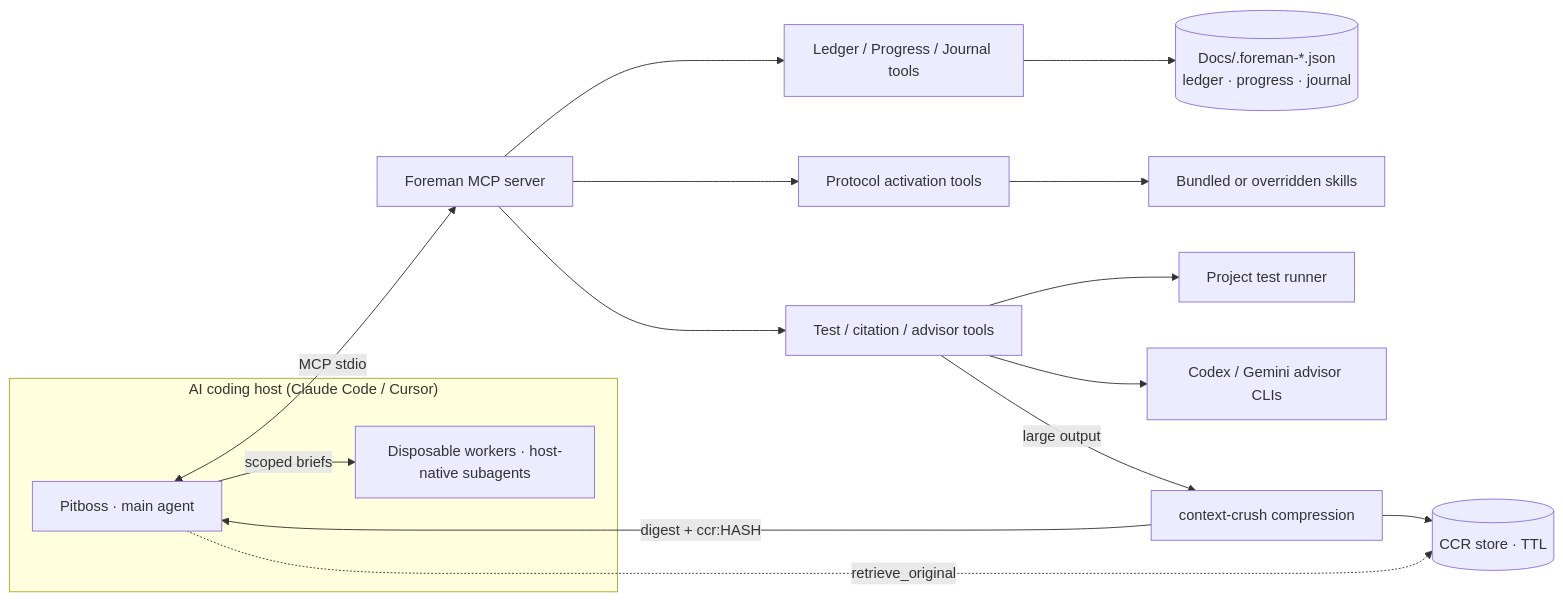
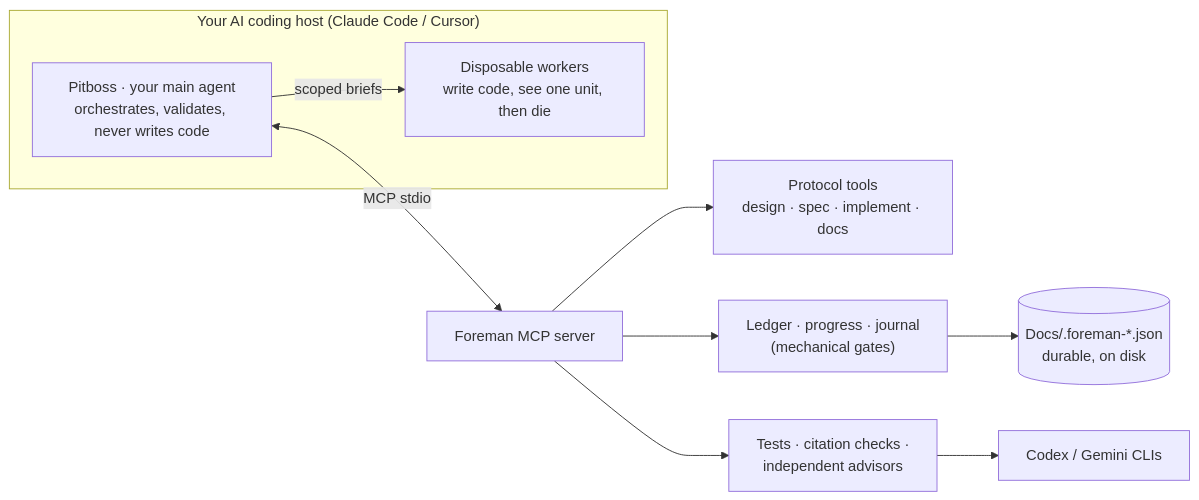
The diagram in README.md (malindarathnayake/Foreman), drawn with Mermaid before and after one commit. The commit also changed other lines of this file, not shown here.

````diff
--- a/README.md
+++ b/README.md
@@ -299,25 +72,17 @@
 ```mermaid
 flowchart LR
-    subgraph Host["AI coding host (Claude Code / Cursor)"]
-        Pitboss["Pitboss · main agent"]
-        Workers["Disposable workers · host-native subagents"]
+    subgraph Host["Your AI coding host (Claude Code / Cursor)"]
+        Pitboss["Pitboss · your main agent<br/>orchestrates, validates, never writes code"]
+        Workers["Disposable workers<br/>write code, see one unit, then die"]
         Pitboss -->|"scoped briefs"| Workers
     end
 
     Pitboss <-->|"MCP stdio"| Foreman["Foreman MCP server"]
 
-    Foreman --> Protocols["Protocol activation tools"]
-    Foreman --> State["Ledger / Progress / Journal tools"]
-    Foreman --> Review["Test / citation / advisor tools"]
+    Foreman --> Protocols["Protocol tools<br/>design · spec · implement · docs"]
+    Foreman --> State["Ledger · progress · journal<br/>(mechanical gates)"]
+    Foreman --> Review["Tests · citation checks ·<br/>independent advisors"]
 
-    State --> Files[("Docs/.foreman-*.json<br/>ledger · progress · journal")]
-    Protocols --> Skills["Bundled or overridden skills"]
-
-    Review --> Tests["Project test runner"]
-    Review --> CLIs["Codex / Gemini advisor CLIs"]
-
-    Review -->|"large output"| CCR["context-crush compression"]
-    CCR --> Store[("CCR store · TTL")]
-    CCR -->|"digest + ccr:HASH"| Pitboss
-    Pitboss -.->|"retrieve_original"| Store
+    State --> Files[("Docs/.foreman-*.json<br/>durable, on disk")]
+    Review --> CLIs["Codex / Gemini CLIs"]
 ```
````
